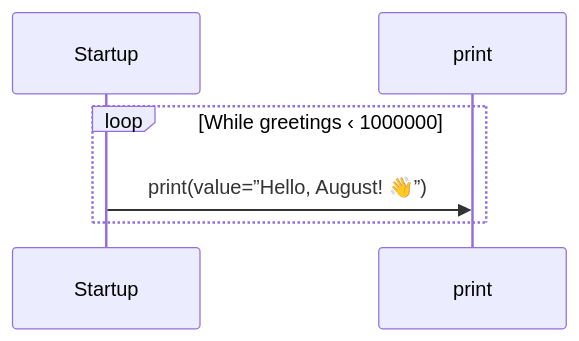
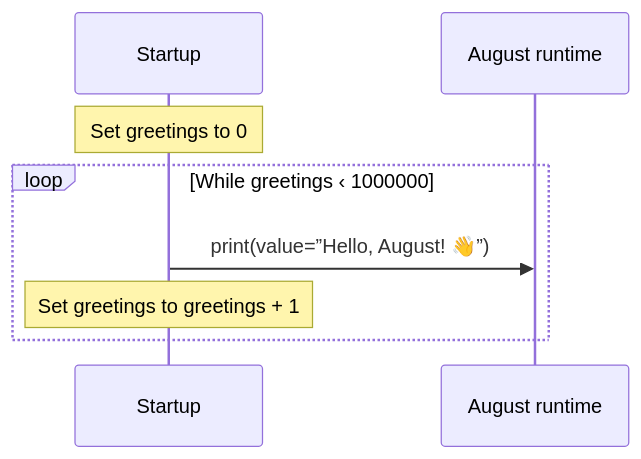
Before and after one commit to GreenPandaStudios/augscript: the diagram in benchmarks/greetings/main.aug.diagrams.md, drawn with Mermaid. The commit also changed 304 other files, not shown here.

Commit message:
Make generated data-flow sequences concise and review every diagram

````diff
--- a/benchmarks/greetings/main.aug.diagrams.md
+++ b/benchmarks/greetings/main.aug.diagrams.md
@@ -18,8 +18,10 @@
 ```mermaid
 sequenceDiagram
     participant p0 as Startup
-    participant p1 as print
+    participant p1 as August runtime
+    Note over p0: Set greetings to 0
     loop While greetings ‹ 1000000
     p0->>p1: print(value=”Hello, August! 👋”)
+    Note over p0: Set greetings to greetings + 1
     end
 ```
````
